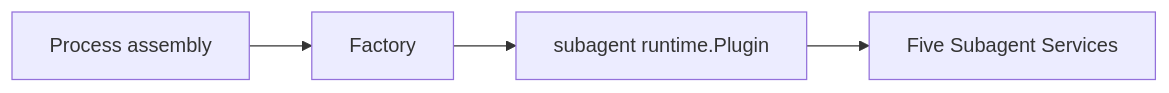
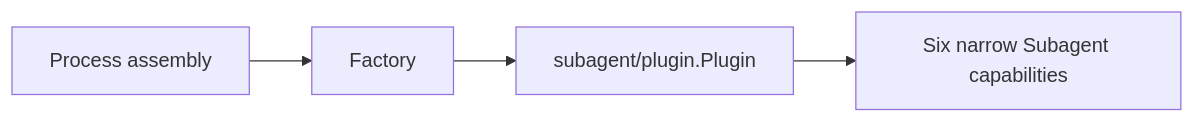
The diagram in subagent/factory/README.zh-CN.md (gorenx/goren), drawn with Mermaid before and after one commit. The commit also changed other lines of this file and 36 other files, not shown here.

````diff
--- a/subagent/factory/README.zh-CN.md
+++ b/subagent/factory/README.zh-CN.md
@@ -7,6 +7,6 @@
 ```mermaid
 flowchart LR
     Assembly[Process assembly] --> Factory
-    Factory --> Runtime[subagent runtime.Plugin]
-    Runtime --> Services[Five Subagent Services]
+    Factory --> Plugin[subagent/plugin.Plugin]
+    Plugin --> Services[Six narrow Subagent capabilities]
 ```
````
